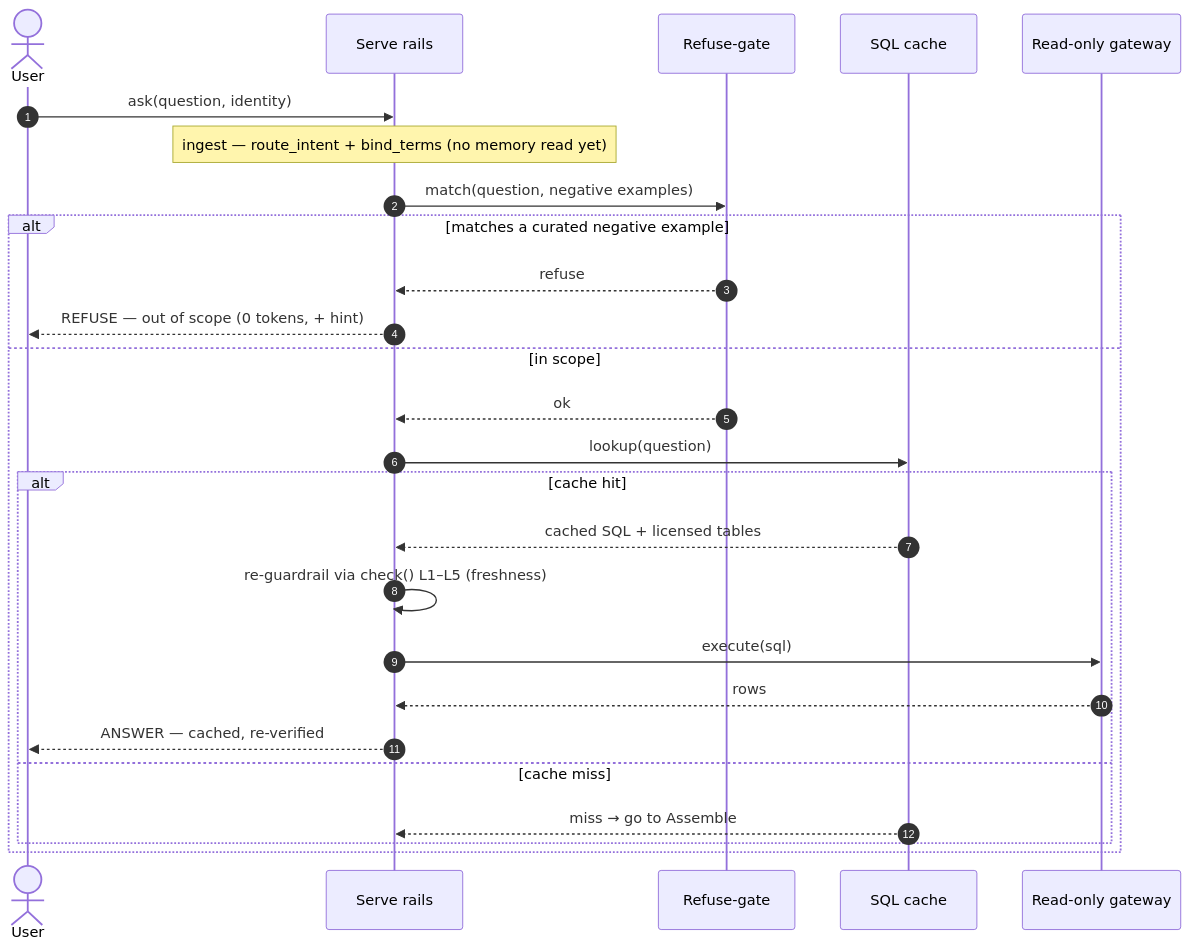
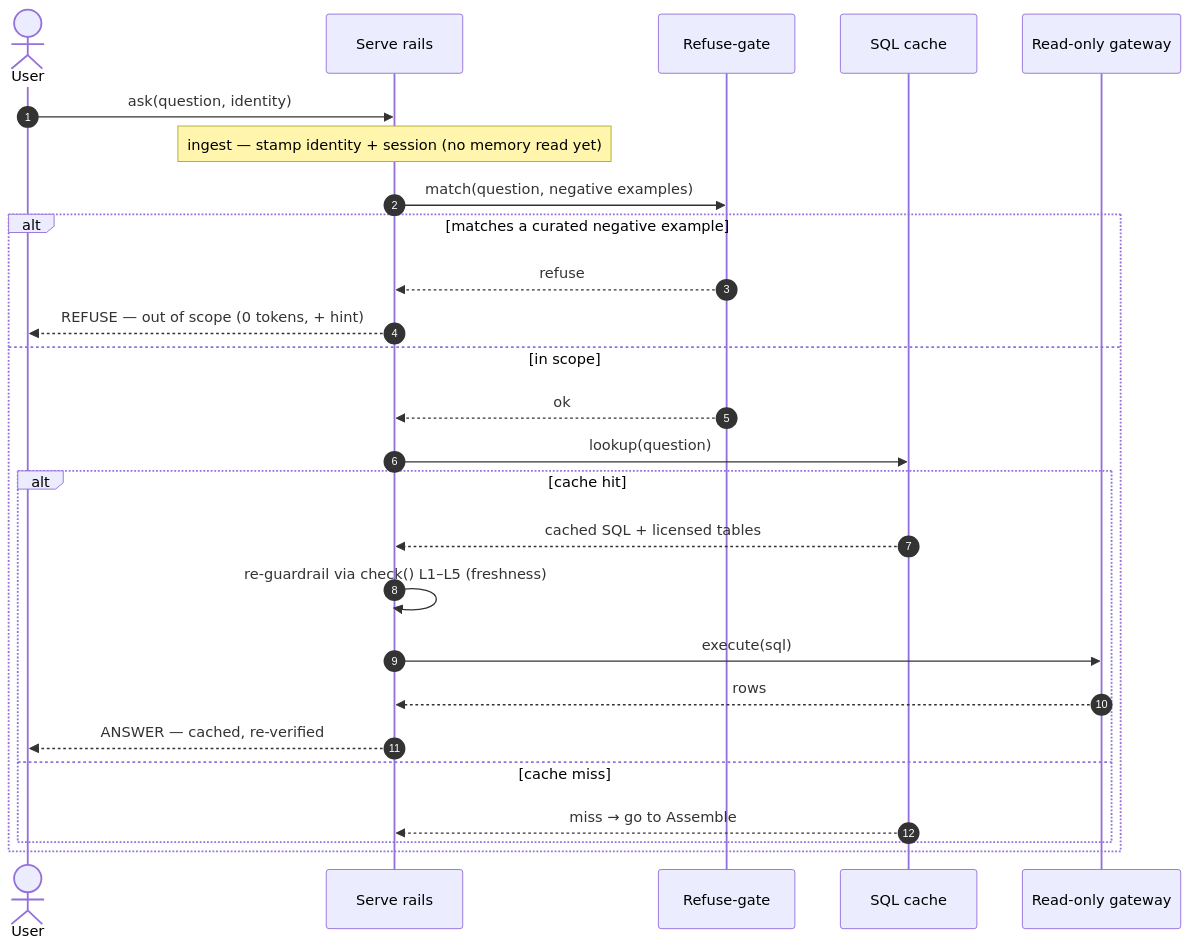
One commit to Minhao-Zhang/governed-bi changed the second of 5 diagrams in docs/analyst-sequence.md. Above: the diagram before and after it, drawn with Mermaid. The commit also changed 8 other files, not shown here.

````diff
--- a/docs/analyst-sequence.md
+++ b/docs/analyst-sequence.md
@@ -53,29 +53,29 @@
 ```mermaid
 sequenceDiagram
     autonumber
     actor U as User
     participant R as Serve rails
     participant RG as Refuse-gate
     participant SC as SQL cache
     participant DB as Read-only gateway
 
     U->>R: ask(question, identity)
-    Note over R: ingest — route_intent + bind_terms (no memory read yet)
+    Note over R: ingest — stamp identity + session (no memory read yet)
     R->>RG: match(question, negative examples)
     alt matches a curated negative example
         RG-->>R: refuse
         R-->>U: REFUSE — out of scope (0 tokens, + hint)
     else in scope
         RG-->>R: ok
         R->>SC: lookup(question)
         alt cache hit
             SC-->>R: cached SQL + licensed tables
             R->>R: re-guardrail via check() L1–L5 (freshness)
             R->>DB: execute(sql)
             DB-->>R: rows
             R-->>U: ANSWER — cached, re-verified
         else cache miss
             SC-->>R: miss → go to Assemble
         end
     end
 ```
````
